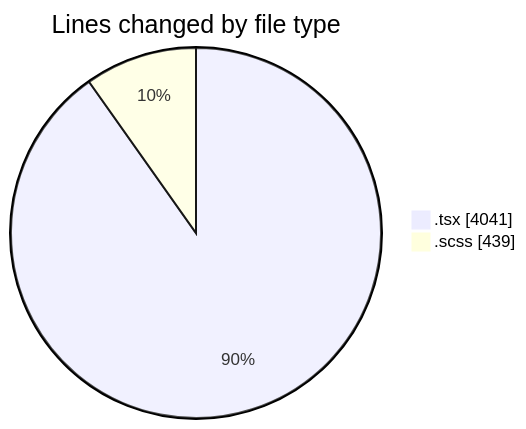
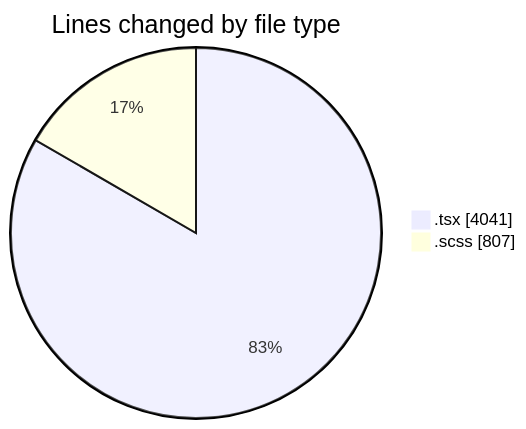
The first of 2 diagrams in 2026-10-20/cda/README.md (momahboobian/code-tracking), drawn with Mermaid before and after one commit. The commit also changed other lines of this file and 1 other file, not shown here.

````diff
--- a/2026-10-20/cda/README.md
+++ b/2026-10-20/cda/README.md
@@ -35,6 +35,6 @@
 ```mermaid
 pie showData
 title Lines changed by file type
 ".tsx" : 4041
-".scss" : 439
+".scss" : 807
 ```
````
